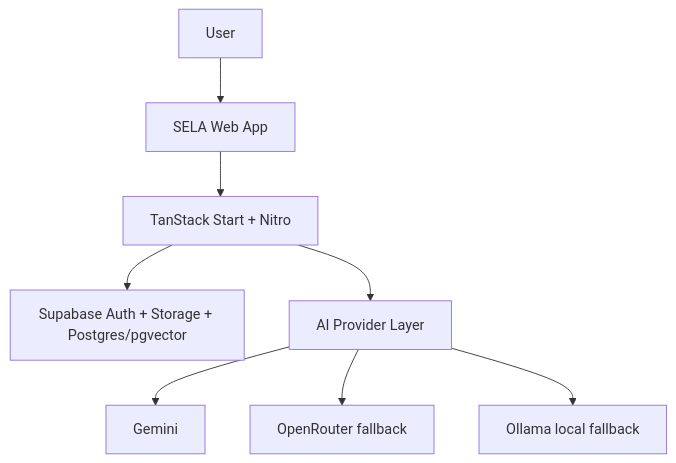
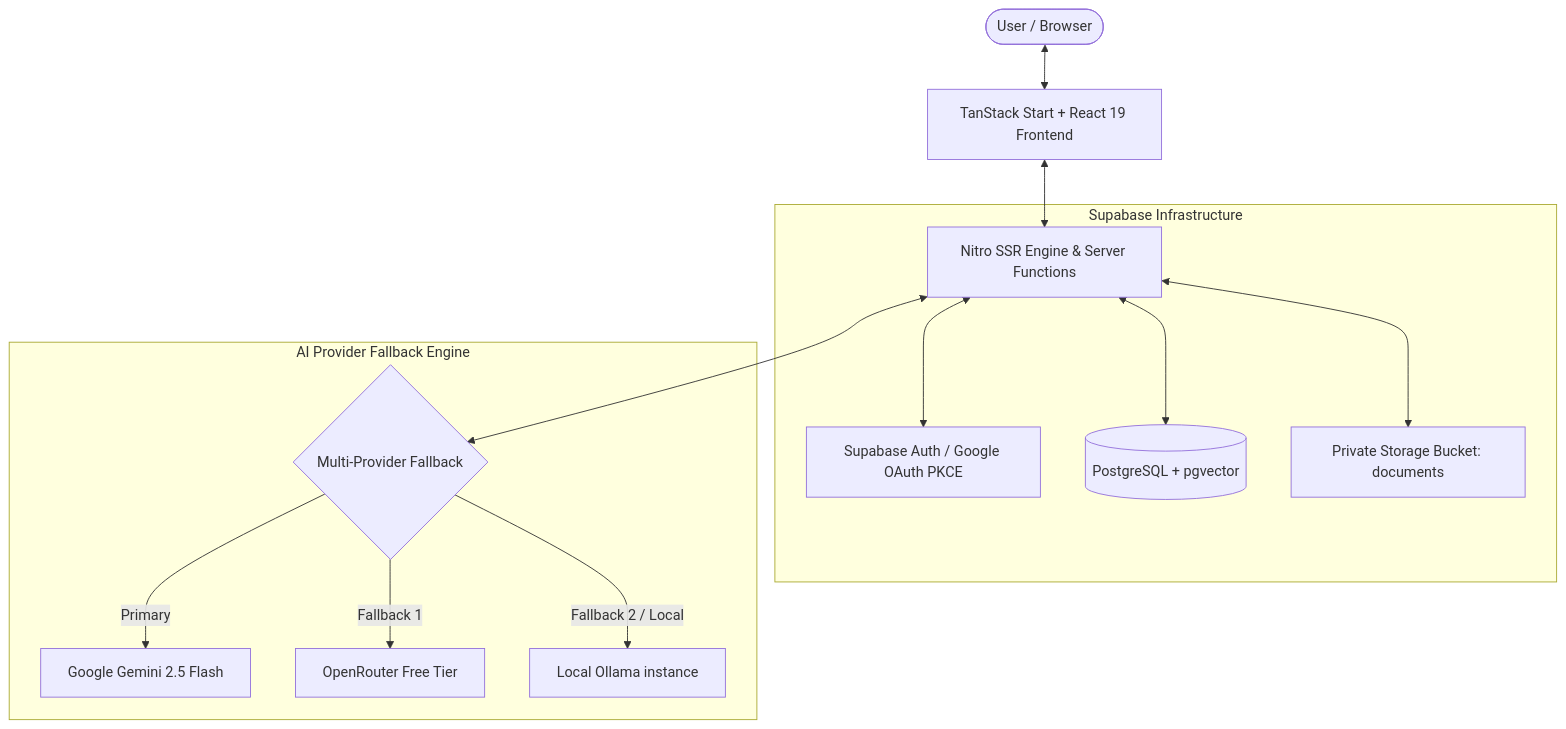
One commit to pd585/sela-ai changed the first of 3 diagrams in README.md. Above: the diagram before and after it, drawn with Mermaid. The commit also changed other lines of this file, not shown here.

Commit message:
docs: finalize SELA README

````diff
--- a/README.md
+++ b/README.md
@@ -42,10 +107,18 @@
 ```mermaid
 flowchart TD
-	User --> WebApp[SELA Web App]
-	WebApp --> Runtime[TanStack Start + Nitro]
-	Runtime --> Supabase[Supabase Auth + Storage + Postgres/pgvector]
-	Runtime --> AI[AI Provider Layer]
-	AI --> Gemini[Gemini]
-	AI --> OpenRouter[OpenRouter fallback]
-	AI --> Ollama[Ollama local fallback]
+    User([User / Browser]) <--> WebApp[TanStack Start + React 19 Frontend]
+    WebApp <--> Nitro[Nitro SSR Engine & Server Functions]
+    
+    subgraph Supabase Infrastructure
+        Nitro <--> SupaAuth[Supabase Auth / Google OAuth PKCE]
+        Nitro <--> SupaDB[(PostgreSQL + pgvector)]
+        Nitro <--> SupaStore[Private Storage Bucket: documents]
+    end
+    
+    subgraph AI Provider Fallback Engine
+        Nitro <--> AIProvider{Multi-Provider Fallback}
+        AIProvider -->|Primary| Gemini[Google Gemini 2.5 Flash]
+        AIProvider -->|Fallback 1| OpenRouter[OpenRouter Free Tier]
+        AIProvider -->|Fallback 2 / Local| Ollama[Local Ollama instance]
+    end
 ```
````
